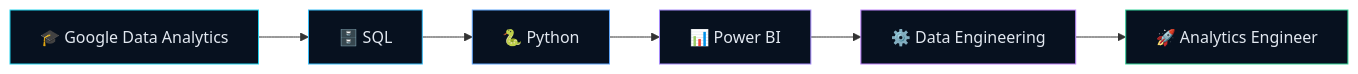
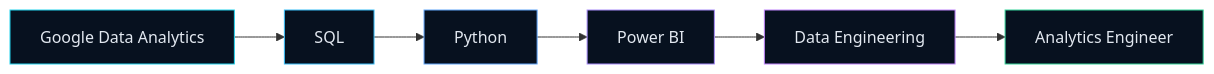
Before and after one commit to maheshchilukamari/maheshchilukamari: the diagram in README.md, drawn with Mermaid. The commit also changed other lines of this file, not shown here.

````diff
--- a/README.md
+++ b/README.md
@@ -261,15 +314,15 @@
 ```mermaid
 flowchart LR
-    A["🎓 Google Data Analytics"] --> B["🗄️ SQL"]
-    B --> C["🐍 Python"]
-    C --> D["📊 Power BI"]
-    D --> E["⚙️ Data Engineering"]
-    E --> F["🚀 Analytics Engineer"]
+    A["Google Data Analytics"] --> B["SQL"]
+    B --> C["Python"]
+    C --> D["Power BI"]
+    D --> E["Data Engineering"]
+    E --> F["Analytics Engineer"]
 
     style A fill:#07111F,stroke:#22D3EE,color:#E2E8F0
     style B fill:#07111F,stroke:#38BDF8,color:#E2E8F0
     style C fill:#07111F,stroke:#60A5FA,color:#E2E8F0
     style D fill:#07111F,stroke:#A78BFA,color:#E2E8F0
     style E fill:#07111F,stroke:#C084FC,color:#E2E8F0
     style F fill:#07111F,stroke:#34D399,color:#E2E8F0
 ```
````
